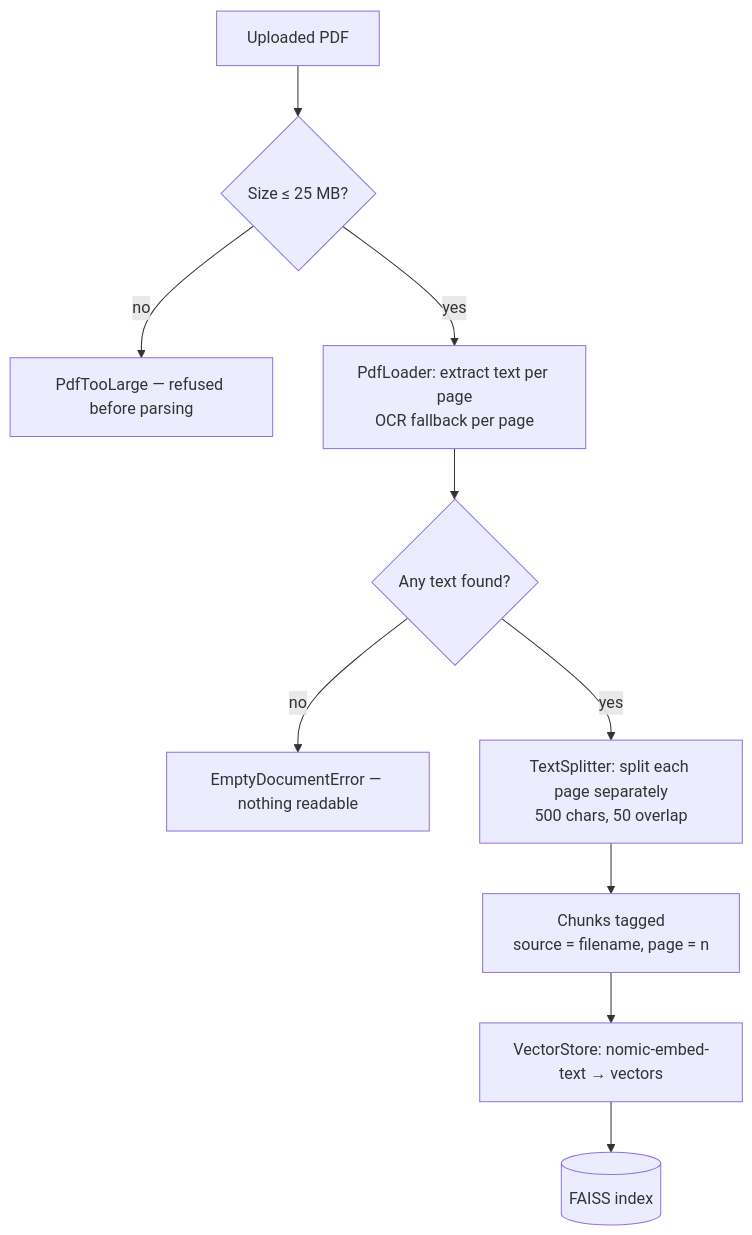
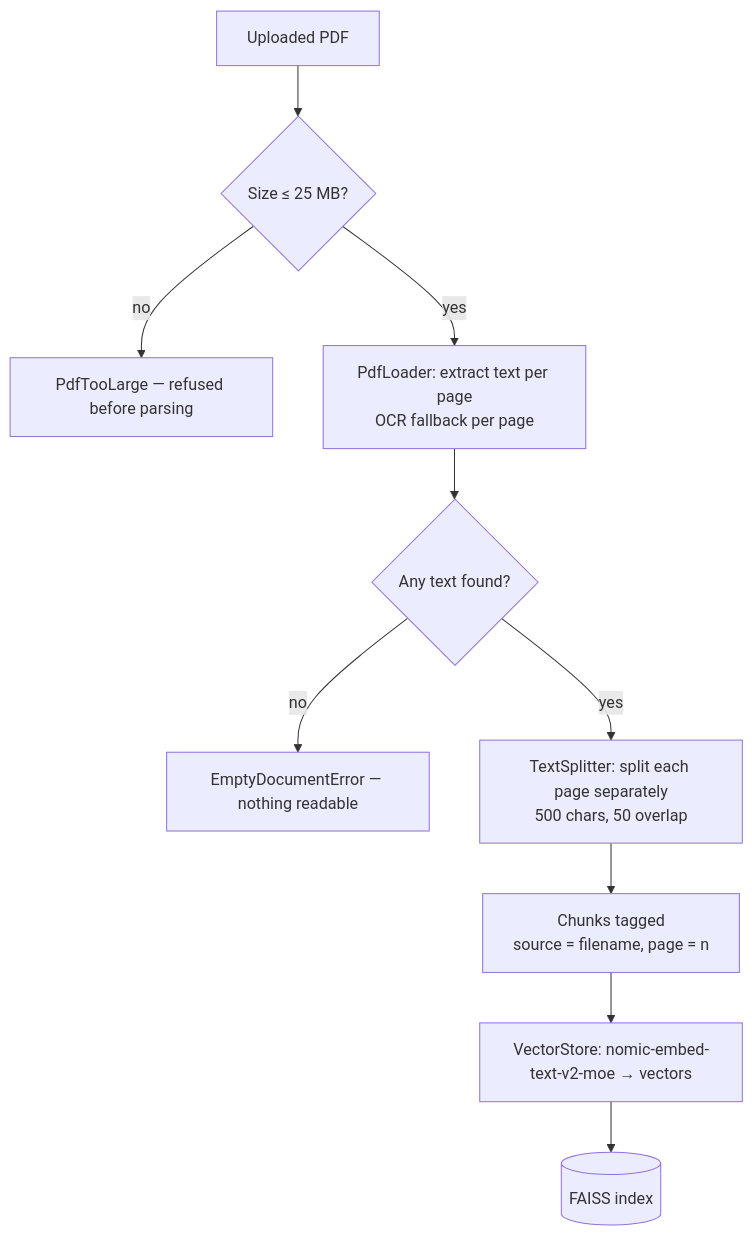
The second of 5 diagrams in docs/architecture.md (fdavchev/DocuMind-AI), drawn with Mermaid before and after one commit. The commit also changed other lines of this file and 24 other files, not shown here.

````diff
--- a/docs/architecture.md
+++ b/docs/architecture.md
@@ -88,12 +88,12 @@
 ```mermaid
 graph TD
     A[Uploaded PDF] --> B{Size ≤ 25 MB?}
     B -- no --> X[PdfTooLarge — refused before parsing]
     B -- yes --> C[PdfLoader: extract text per page<br/>OCR fallback per page]
     C --> D{Any text found?}
     D -- no --> Y[EmptyDocumentError — nothing readable]
     D -- yes --> E[TextSplitter: split each page separately<br/>500 chars, 50 overlap]
     E --> F[Chunks tagged<br/>source = filename, page = n]
-    F --> G[VectorStore: nomic-embed-text → vectors]
+    F --> G[VectorStore: nomic-embed-text-v2-moe → vectors]
     G --> H[(FAISS index)]
 ```
````
